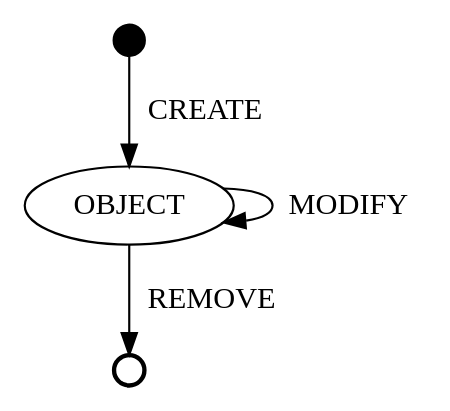
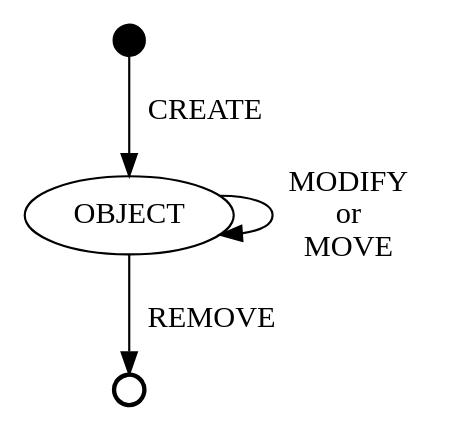
The diagram in graph/sm_object_lifecycle.dot (xamino/master_thesis), drawn with Graphviz before and after one commit. The commit also changed 2 other files, not shown here.

```diff
--- a/graph/sm_object_lifecycle.dot
+++ b/graph/sm_object_lifecycle.dot
@@ -1,10 +1,10 @@
 digraph statemachine {
     // label
     start [shape="point" width="0.2"];
     end [shape="circle" width="0.2" style="bold" label=""];
     a [label="OBJECT"];
     // define
     start -> a [label=" CREATE "];
-    a -> a [label=" MODIFY "];
+    a -> a [label=" MODIFY \nor\n MOVE "];
     a -> end [label=" REMOVE "];
 }
```
